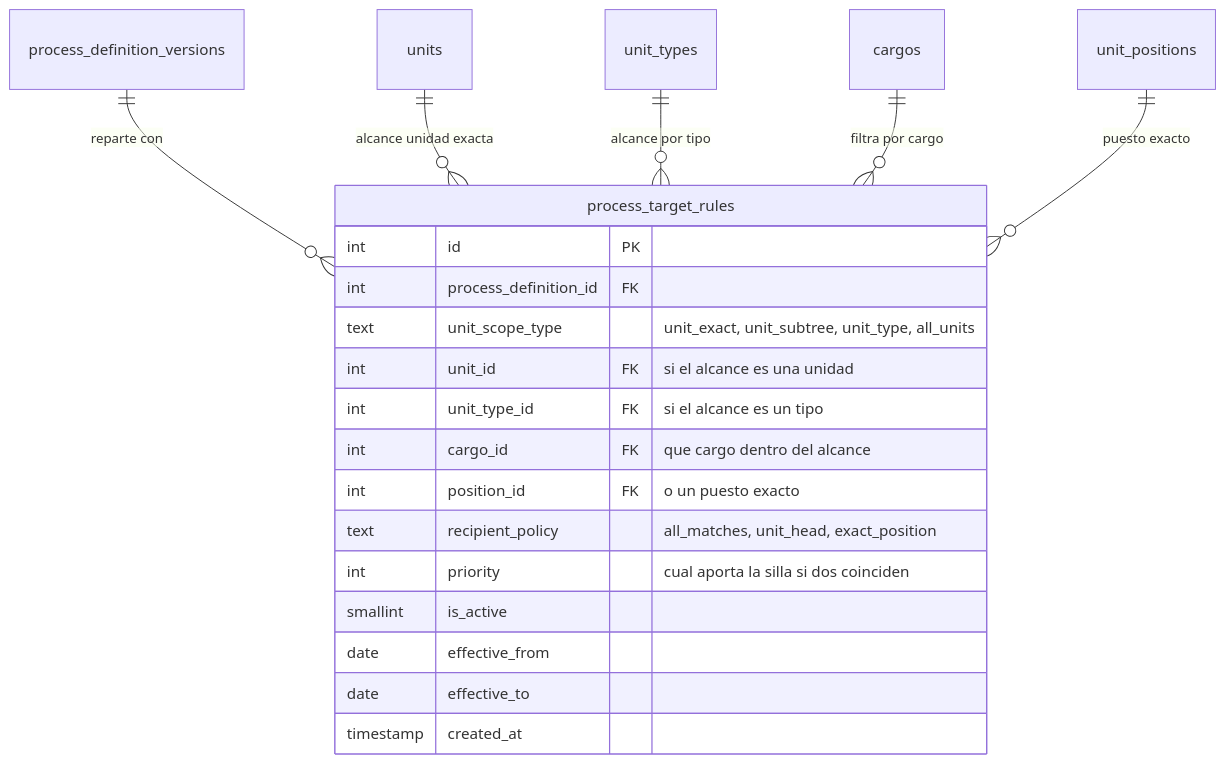
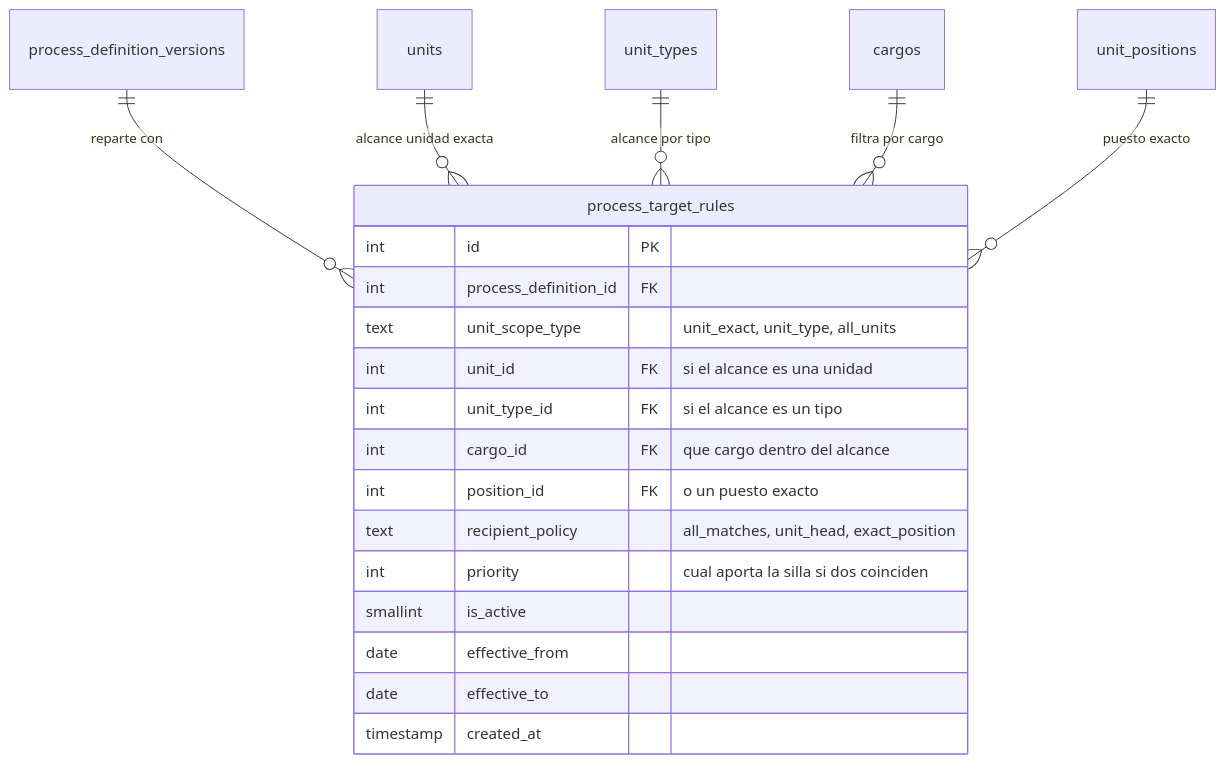
Before and after one commit to fresvel/deasy: the diagram in docs/src/content/docs/modelo/reparto.md, drawn with Mermaid. The commit also changed other lines of this file and 26 other files, not shown here.

First line of the commit message:
feat(f25): P19 — fuera `unit_subtree`, y con el dos CTE recursivas y dos consultas

````diff
--- a/docs/src/content/docs/modelo/reparto.md
+++ b/docs/src/content/docs/modelo/reparto.md
@@ -84,24 +89,24 @@
 ```mermaid
 erDiagram
   process_definition_versions ||--o{ process_target_rules : "reparte con"
   units ||--o{ process_target_rules : "alcance unidad exacta"
   unit_types ||--o{ process_target_rules : "alcance por tipo"
   cargos ||--o{ process_target_rules : "filtra por cargo"
   unit_positions ||--o{ process_target_rules : "puesto exacto"
 
   process_target_rules {
     int id PK
     int process_definition_id FK
-    text unit_scope_type "unit_exact, unit_subtree, unit_type, all_units"
+    text unit_scope_type "unit_exact, unit_type, all_units"
     int unit_id FK "si el alcance es una unidad"
     int unit_type_id FK "si el alcance es un tipo"
     int cargo_id FK "que cargo dentro del alcance"
     int position_id FK "o un puesto exacto"
     text recipient_policy "all_matches, unit_head, exact_position"
     int priority "cual aporta la silla si dos coinciden"
     smallint is_active
     date effective_from
     date effective_to
     timestamp created_at
   }
 ```
````
